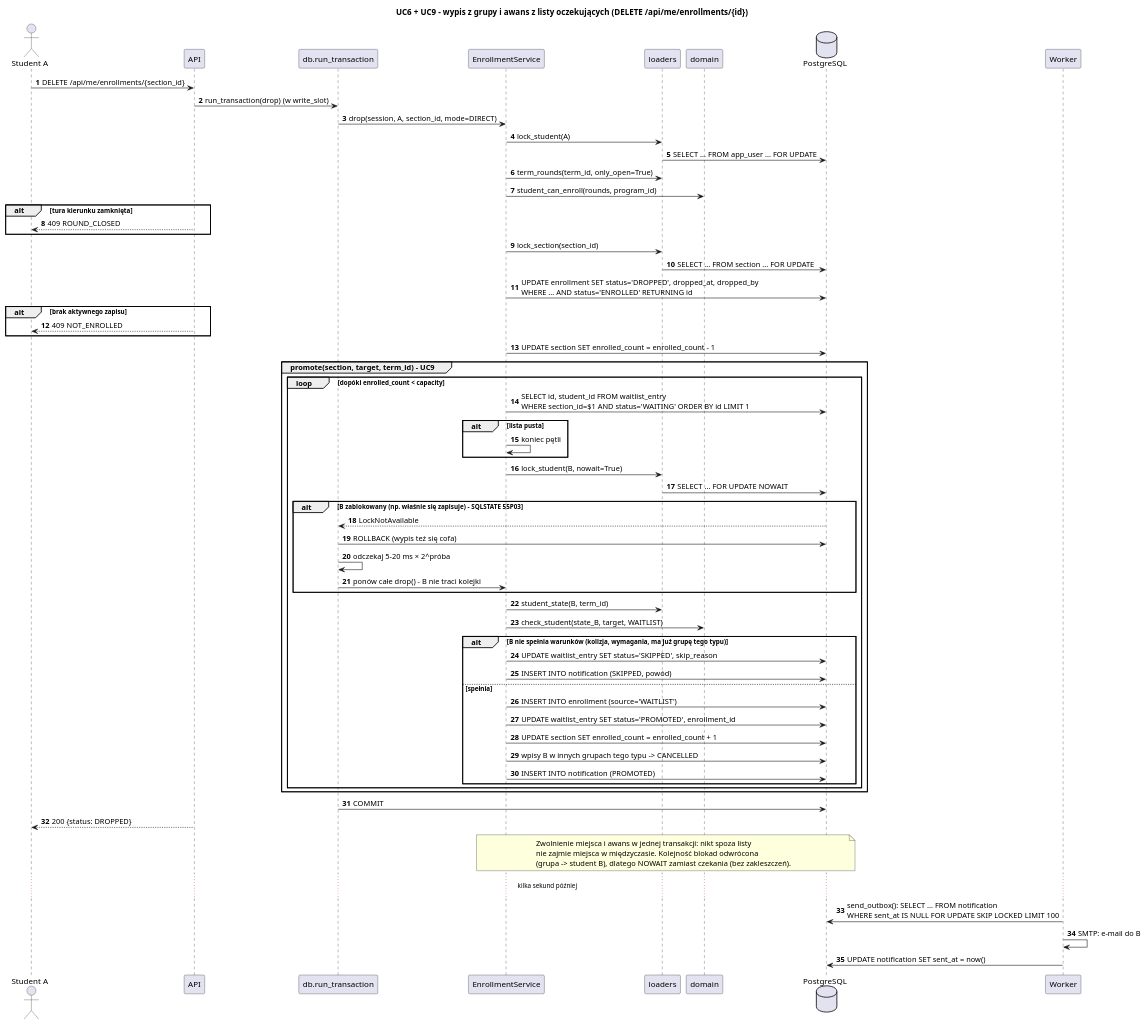
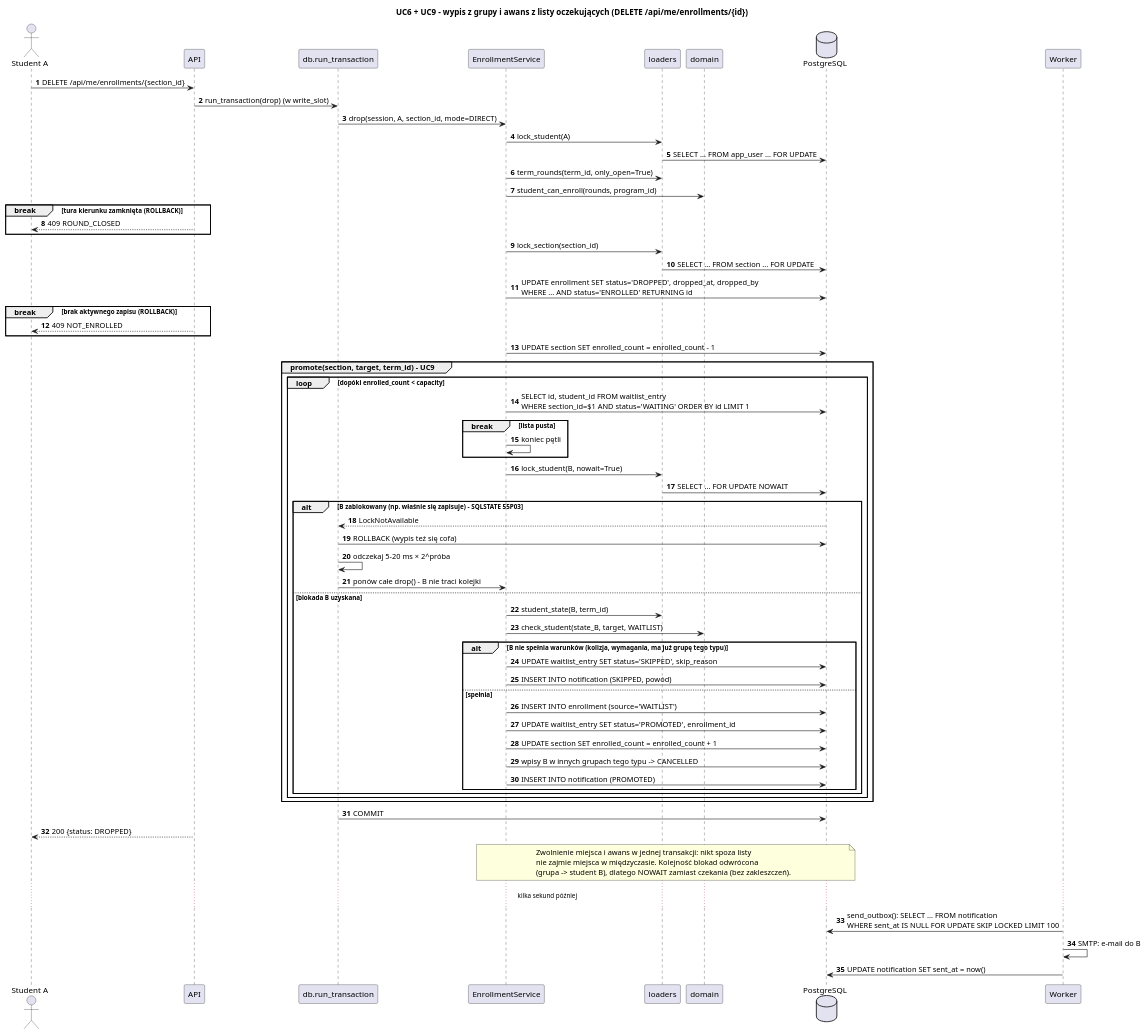
Before and after one commit to Husaria55/USOSv2: the diagram in etap3/diagramy/sekwencja_wypis_awans.puml, drawn with PlantUML. The commit also changed 22 other files, not shown here.

```diff
--- a/etap3/diagramy/sekwencja_wypis_awans.puml
+++ b/etap3/diagramy/sekwencja_wypis_awans.puml
@@ -1,73 +1,74 @@
 @startuml sekwencja_wypis_awans
 title UC6 + UC9 – wypis z grupy i awans z listy oczekujących (DELETE /api/me/enrollments/{id})
 skinparam shadowing false
 skinparam sequenceMessageAlign left
 autonumber
 
 actor "Student A" as A
 participant "API" as api
 participant "db.run_transaction" as tx
 participant "EnrollmentService" as svc
 participant "loaders" as ld
 participant "domain" as dom
 database "PostgreSQL" as db
 participant "Worker" as w
 
 A -> api : DELETE /api/me/enrollments/{section_id}
 api -> tx : run_transaction(drop) (w write_slot)
 tx -> svc : drop(session, A, section_id, mode=DIRECT)
 svc -> ld : lock_student(A)
 ld -> db : SELECT ... FROM app_user ... FOR UPDATE
 svc -> ld : term_rounds(term_id, only_open=True)
 svc -> dom : student_can_enroll(rounds, program_id)
-alt tura kierunku zamknięta
+break tura kierunku zamknięta (ROLLBACK)
   api --> A : 409 ROUND_CLOSED
 end
 svc -> ld : lock_section(section_id)
 ld -> db : SELECT ... FROM section ... FOR UPDATE
 svc -> db : UPDATE enrollment SET status='DROPPED', dropped_at, dropped_by\nWHERE ... AND status='ENROLLED' RETURNING id
-alt brak aktywnego zapisu
+break brak aktywnego zapisu (ROLLBACK)
   api --> A : 409 NOT_ENROLLED
 end
 svc -> db : UPDATE section SET enrolled_count = enrolled_count - 1
 
 group promote(section, target, term_id) – UC9
   loop dopóki enrolled_count < capacity
     svc -> db : SELECT id, student_id FROM waitlist_entry\nWHERE section_id=$1 AND status='WAITING' ORDER BY id LIMIT 1
-    alt lista pusta
+    break lista pusta
       svc -> svc : koniec pętli
     end
     svc -> ld : lock_student(B, nowait=True)
     ld -> db : SELECT ... FOR UPDATE NOWAIT
     alt B zablokowany (np. właśnie się zapisuje) – SQLSTATE 55P03
       db --> tx : LockNotAvailable
       tx -> db : ROLLBACK (wypis też się cofa)
       tx -> tx : odczekaj 5–20 ms × 2^próba
       tx -> svc : ponów całe drop() – B nie traci kolejki
-    end
-    svc -> ld : student_state(B, term_id)
-    svc -> dom : check_student(state_B, target, WAITLIST)
-    alt B nie spełnia warunków (kolizja, wymagania, ma już grupę tego typu)
-      svc -> db : UPDATE waitlist_entry SET status='SKIPPED', skip_reason
-      svc -> db : INSERT INTO notification (SKIPPED, powód)
-    else spełnia
-      svc -> db : INSERT INTO enrollment (source='WAITLIST')
-      svc -> db : UPDATE waitlist_entry SET status='PROMOTED', enrollment_id
-      svc -> db : UPDATE section SET enrolled_count = enrolled_count + 1
-      svc -> db : wpisy B w innych grupach tego typu -> CANCELLED
-      svc -> db : INSERT INTO notification (PROMOTED)
+    else blokada B uzyskana
+      svc -> ld : student_state(B, term_id)
+      svc -> dom : check_student(state_B, target, WAITLIST)
+      alt B nie spełnia warunków (kolizja, wymagania, ma już grupę tego typu)
+        svc -> db : UPDATE waitlist_entry SET status='SKIPPED', skip_reason
+        svc -> db : INSERT INTO notification (SKIPPED, powód)
+      else spełnia
+        svc -> db : INSERT INTO enrollment (source='WAITLIST')
+        svc -> db : UPDATE waitlist_entry SET status='PROMOTED', enrollment_id
+        svc -> db : UPDATE section SET enrolled_count = enrolled_count + 1
+        svc -> db : wpisy B w innych grupach tego typu -> CANCELLED
+        svc -> db : INSERT INTO notification (PROMOTED)
+      end
     end
   end
 end
 tx -> db : COMMIT
 api --> A : 200 {status: DROPPED}
 note over svc, db
   Zwolnienie miejsca i awans w jednej transakcji: nikt spoza listy
   nie zajmie miejsca w międzyczasie. Kolejność blokad odwrócona
   (grupa -> student B), dlatego NOWAIT zamiast czekania (bez zakleszczeń).
 end note
 ... kilka sekund później ...
 w -> db : send_outbox(): SELECT ... FROM notification\nWHERE sent_at IS NULL FOR UPDATE SKIP LOCKED LIMIT 100
 w -> w : SMTP: e-mail do B
 w -> db : UPDATE notification SET sent_at = now()
 @enduml
```
